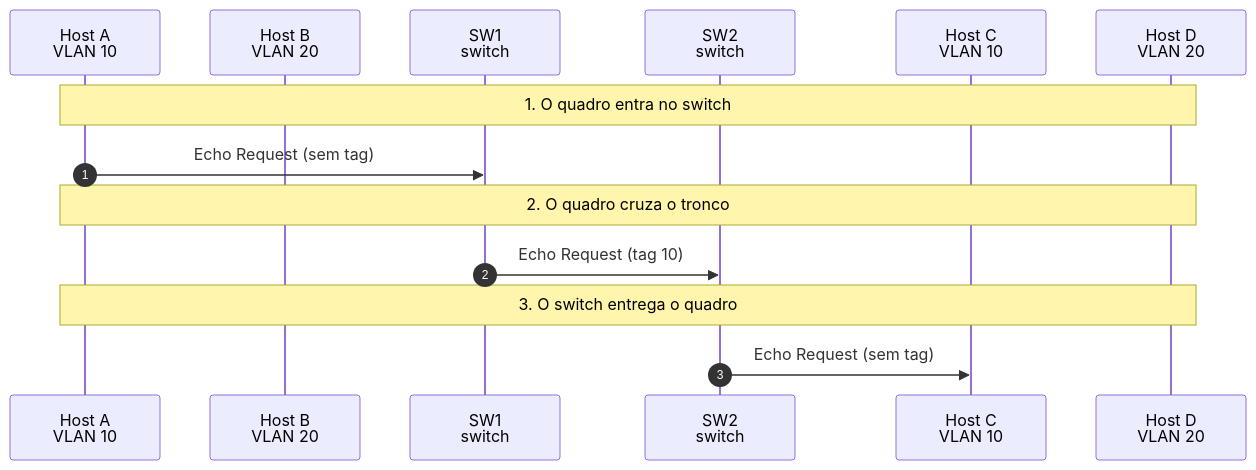
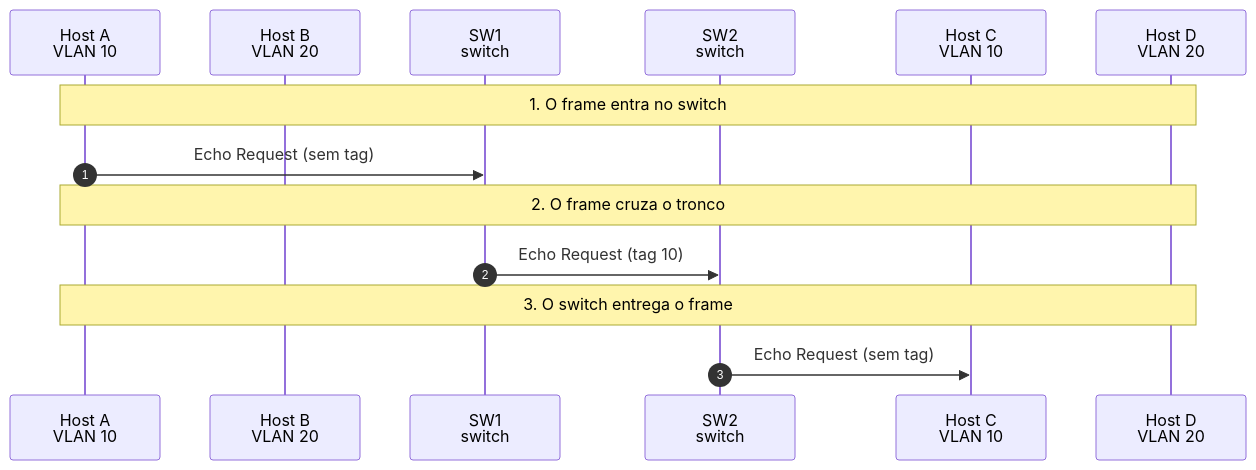
Diagram 18 of 29 in docs/simuladores/vlan.md (emanuel-bs/simul-net), drawn with Mermaid before and after one commit. The commit also changed other lines of this file and 96 other files, not shown here.

````diff
--- a/docs/simuladores/vlan.md
+++ b/docs/simuladores/vlan.md
@@ -624,16 +624,16 @@
 ```mermaid
 sequenceDiagram
   autonumber
   participant n_a as Host A<br/>VLAN 10
   participant n_b as Host B<br/>VLAN 20
   participant n_sw1 as SW1<br/>switch
   participant n_sw2 as SW2<br/>switch
   participant n_c as Host C<br/>VLAN 10
   participant n_d as Host D<br/>VLAN 20
-  Note over n_a,n_d: 1. O quadro entra no switch
+  Note over n_a,n_d: 1. O frame entra no switch
   n_a ->> n_sw1: Echo Request (sem tag)
-  Note over n_a,n_d: 2. O quadro cruza o tronco
+  Note over n_a,n_d: 2. O frame cruza o tronco
   n_sw1 ->> n_sw2: Echo Request (tag 10)
-  Note over n_a,n_d: 3. O switch entrega o quadro
+  Note over n_a,n_d: 3. O switch entrega o frame
   n_sw2 ->> n_c: Echo Request (sem tag)
 ```
````
